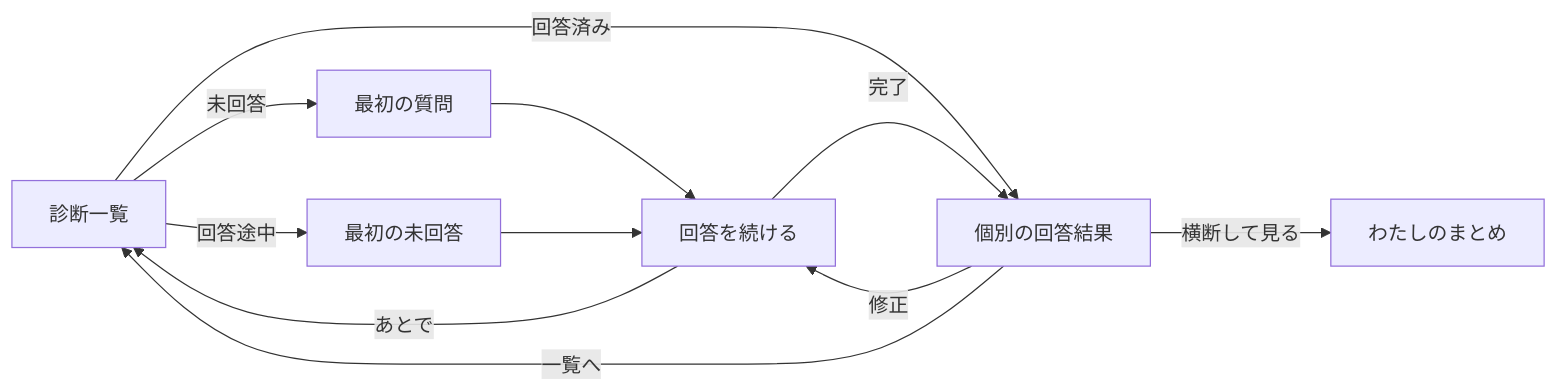
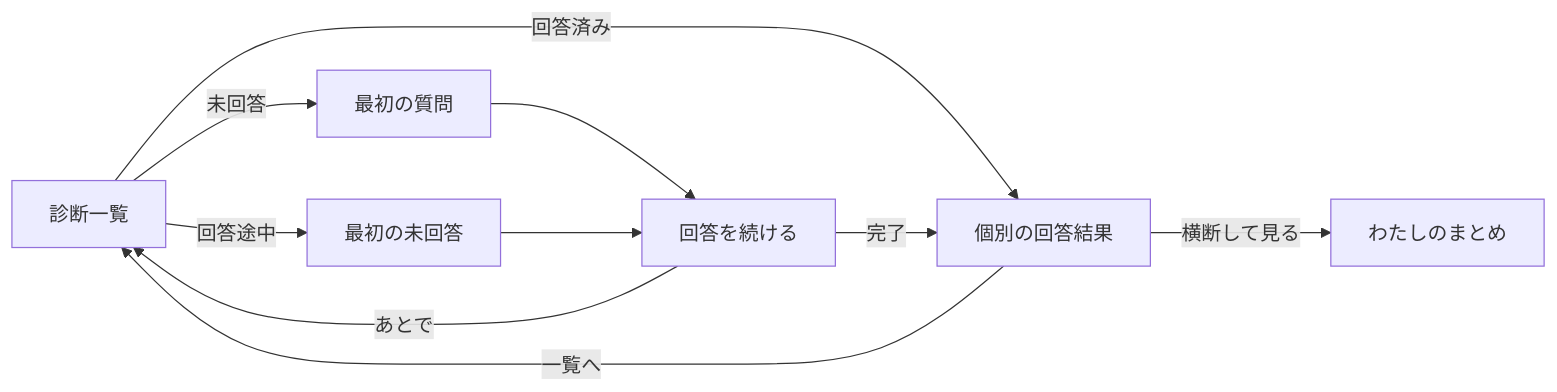
One commit to kkyosuke/me-builder changed the third of 7 diagrams in docs/product/screen-navigation.md. Above: the diagram before and after it, drawn with Mermaid. The commit also changed other lines of this file and 12 other files, not shown here.

````diff
--- a/docs/product/screen-navigation.md
+++ b/docs/product/screen-navigation.md
@@ -183,13 +185,12 @@
 ```mermaid
 flowchart LR
     H[診断一覧] -->|未回答| Q[最初の質問]
     H -->|回答途中| U[最初の未回答]
     H -->|回答済み| R[個別の回答結果]
     Q --> A[回答を続ける]
     U --> A
     A -->|完了| R
     A -->|あとで| H
-    R -->|修正| A
     R -->|一覧へ| H
     R -->|横断して見る| P[わたしのまとめ]
 ```
````
